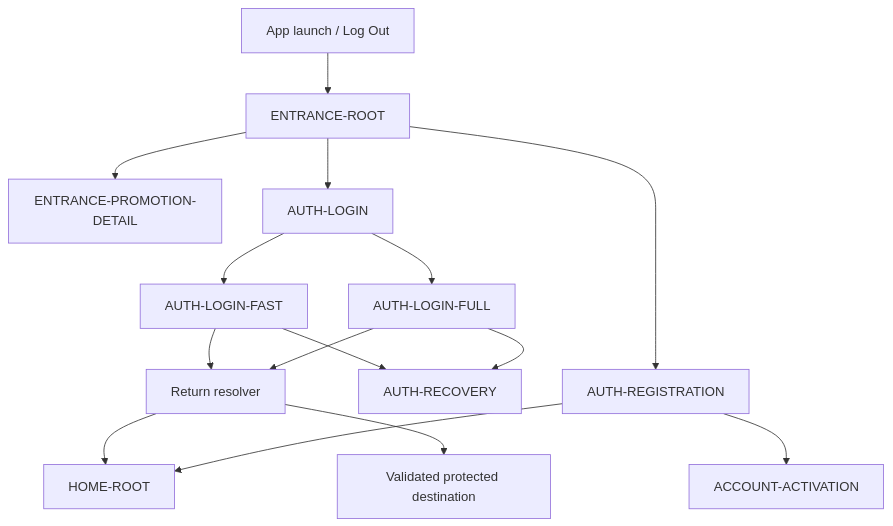
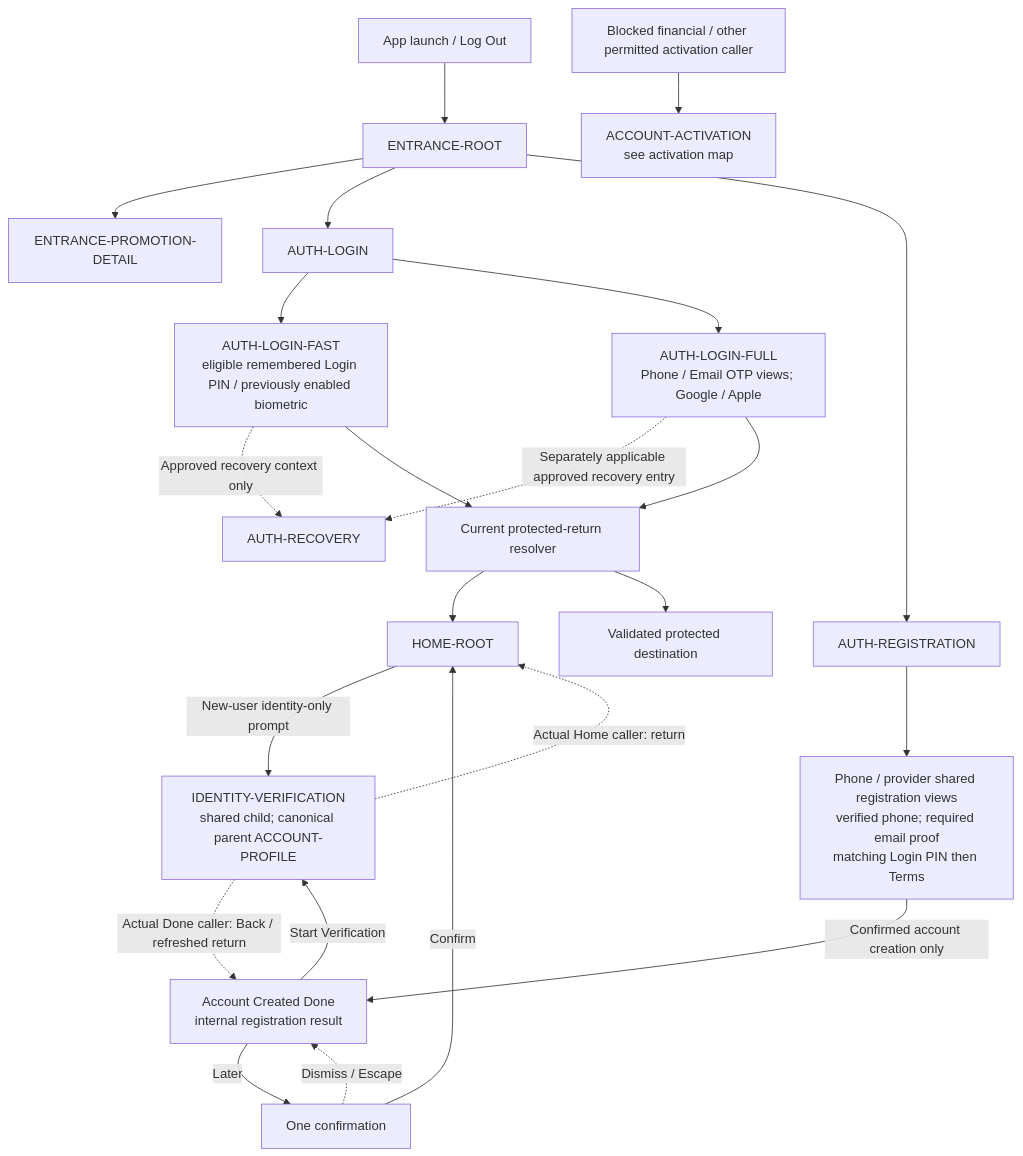
Before and after one commit to adminpayplus/payplus-docs: the diagram in docs/diagrams/routes/payplus-authentication-route-map.md, drawn with Mermaid. The commit also changed other lines of this file and 25 other files, not shown here.

````diff
--- a/docs/diagrams/routes/payplus-authentication-route-map.md
+++ b/docs/diagrams/routes/payplus-authentication-route-map.md
@@ -9,21 +9,25 @@
 ```mermaid
 flowchart TD
   LAUNCH["App launch / Log Out"] --> ENTRANCE["ENTRANCE-ROOT"]
-
   ENTRANCE --> PROMOTION["ENTRANCE-PROMOTION-DETAIL"]
   ENTRANCE --> LOGIN["AUTH-LOGIN"]
   ENTRANCE --> REGISTRATION["AUTH-REGISTRATION"]
-
-  LOGIN --> FAST["AUTH-LOGIN-FAST"]
-  LOGIN --> FULL["AUTH-LOGIN-FULL"]
-  FAST --> RECOVERY["AUTH-RECOVERY"]
-  FULL --> RECOVERY
-
-  FAST --> RETURN["Return resolver"]
+  LOGIN --> FAST["AUTH-LOGIN-FAST<br/>eligible remembered Login PIN / previously enabled biometric"]
+  LOGIN --> FULL["AUTH-LOGIN-FULL<br/>Phone / Email OTP views; Google / Apple"]
+  FAST -. "Approved recovery context only" .-> RECOVERY["AUTH-RECOVERY"]
+  FULL -. "Separately applicable approved recovery entry" .-> RECOVERY
+  FAST --> RETURN["Current protected-return resolver"]
   FULL --> RETURN
   RETURN --> HOME["HOME-ROOT"]
   RETURN --> TARGET["Validated protected destination"]
-
-  REGISTRATION --> HOME
-  REGISTRATION --> ACTIVATION["ACCOUNT-ACTIVATION"]
+  REGISTRATION --> REGCHECKS["Phone / provider shared registration views<br/>verified phone; required email proof<br/>matching Login PIN then Terms"]
+  REGCHECKS -->|"Confirmed account creation only"| DONE["Account Created Done<br/>internal registration result"]
+  DONE -->|"Start Verification"| IDENTITY["IDENTITY-VERIFICATION<br/>shared child; canonical parent ACCOUNT-PROFILE"]
+  IDENTITY -. "Actual Done caller: Back / refreshed return" .-> DONE
+  DONE -->|"Later"| LATER["One confirmation"]
+  LATER -->|"Confirm"| HOME
+  LATER -. "Dismiss / Escape" .-> DONE
+  HOME -->|"New-user identity-only prompt"| IDENTITY
+  IDENTITY -. "Actual Home caller: return" .-> HOME
+  PROTECTED["Blocked financial / other permitted activation caller"] --> ACTIVATION["ACCOUNT-ACTIVATION<br/>see activation map"]
 ```
````
